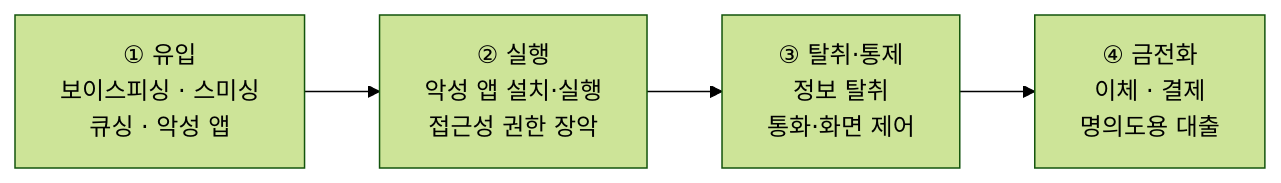
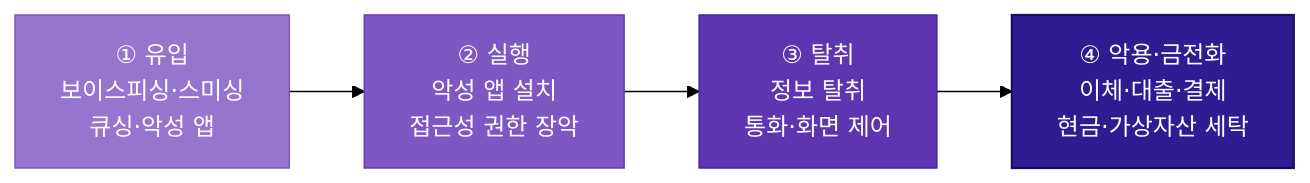
Before and after one commit to Rakkk-s/mobile-security-fds-docs: the first of 2 diagrams in docs/00-flow/overview.md, drawn with Mermaid (forest theme). The commit also changed other lines of this file and 15 other files, not shown here.

````diff
--- a/docs/00-flow/overview.md
+++ b/docs/00-flow/overview.md
@@ -14,6 +16,14 @@
 ```mermaid
 flowchart LR
-    A["① 유입<br/>보이스피싱 · 스미싱<br/>큐싱 · 악성 앱"] --> B["② 실행<br/>악성 앱 설치·실행<br/>접근성 권한 장악"]
-    B --> C["③ 탈취·통제<br/>정보 탈취<br/>통화·화면 제어"]
-    C --> D["④ 금전화<br/>이체 · 결제<br/>명의도용 대출"]
+    A["<span style='color:#FFFFFF'>① 유입<br/>보이스피싱·스미싱<br/>큐싱·악성 앱</span>"] --> B["<span style='color:#FFFFFF'>② 실행<br/>악성 앱 설치<br/>접근성 권한 장악</span>"]
+    B --> C["<span style='color:#FFFFFF'>③ 탈취<br/>정보 탈취<br/>통화·화면 제어</span>"]
+    C --> D["<span style='color:#FFFFFF'>④ 악용·금전화<br/>이체·대출·결제<br/>현금·가상자산 세탁</span>"]
+    classDef s1 fill:#9575CD,stroke:#7E57C2,stroke-width:1px
+    classDef s2 fill:#7E57C2,stroke:#673AB7,stroke-width:1px
+    classDef s3 fill:#5E35B1,stroke:#4527A0,stroke-width:1px
+    classDef s4 fill:#311B92,stroke:#1A0E5C,stroke-width:1.5px
+    class A s1
+    class B s2
+    class C s3
+    class D s4
 ```
````
